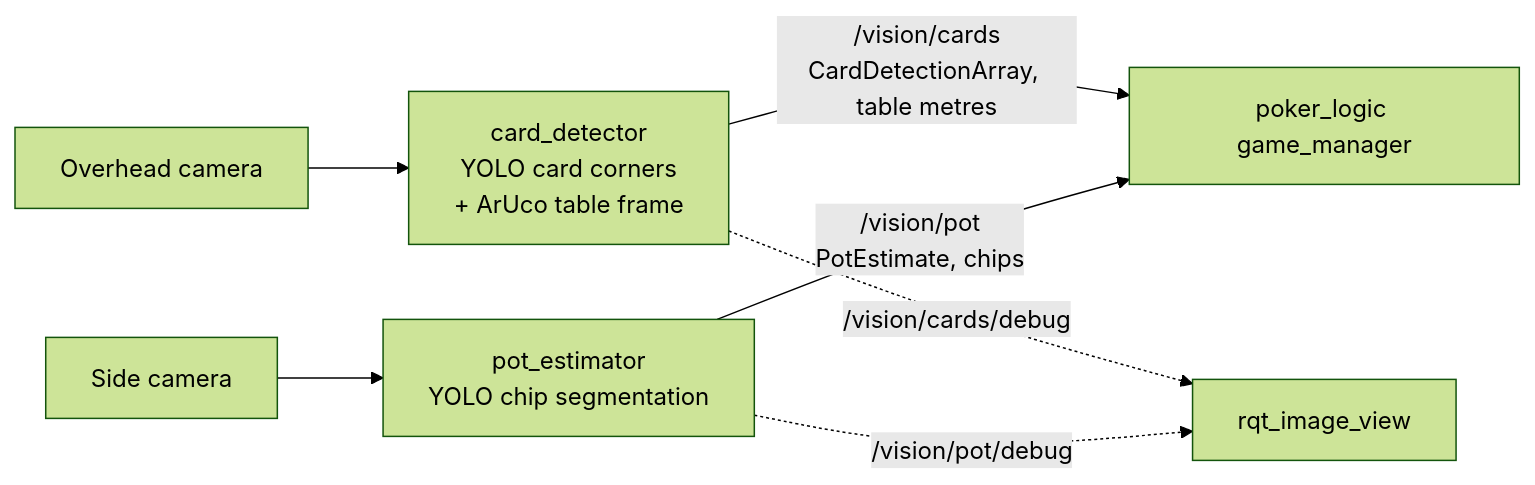
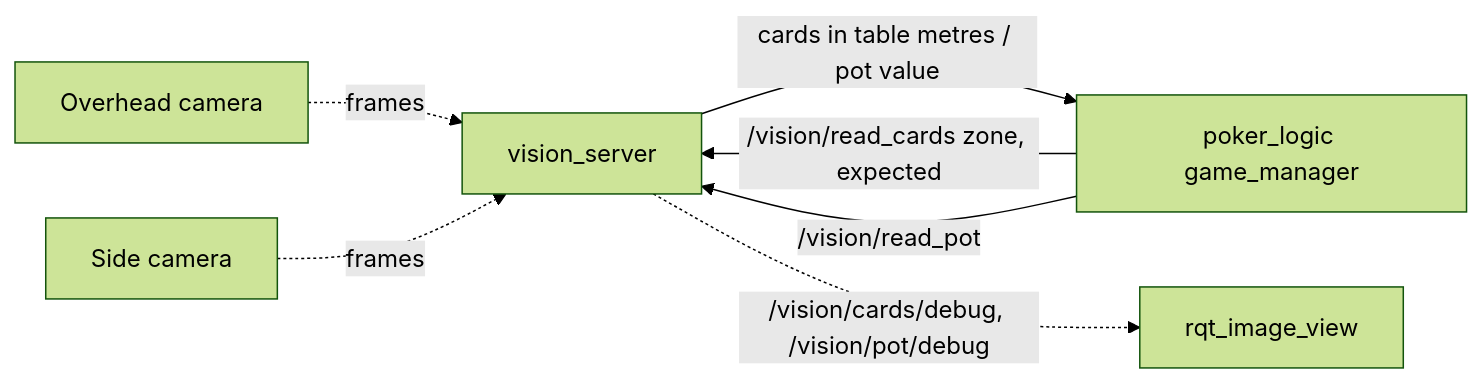
One commit to UoM-Arm-Project/arm_2025 changed the diagram in src/poker_vision/README.md. Above: the diagram before and after it, drawn with Mermaid (forest theme). The commit also changed other lines of this file and 31 other files, not shown here.

Commit message:
Add vision_server as a service instead of topic

````diff
--- a/src/poker_vision/README.md
+++ b/src/poker_vision/README.md
@@ -7,9 +5,9 @@
 ```mermaid
 flowchart LR
-  OC[Overhead camera] --> CD[card_detector<br/>YOLO card corners<br/>+ ArUco table frame]
-  SC[Side camera] --> PE[pot_estimator<br/>YOLO chip segmentation]
-  CD -->|/vision/cards<br/>CardDetectionArray, table metres| GM[poker_logic game_manager]
-  PE -->|/vision/pot<br/>PotEstimate, chips| GM
-  CD -.->|/vision/cards/debug| V[rqt_image_view]
-  PE -.->|/vision/pot/debug| V
+  OC[Overhead camera] -.frames.-> VS
+  SC[Side camera] -.frames.-> VS
+  GM[poker_logic game_manager] -->|/vision/read_cards zone, expected| VS[vision_server]
+  GM -->|/vision/read_pot| VS
+  VS -->|cards in table metres / pot value| GM
+  VS -.->|/vision/cards/debug, /vision/pot/debug| V[rqt_image_view]
 ```
````
